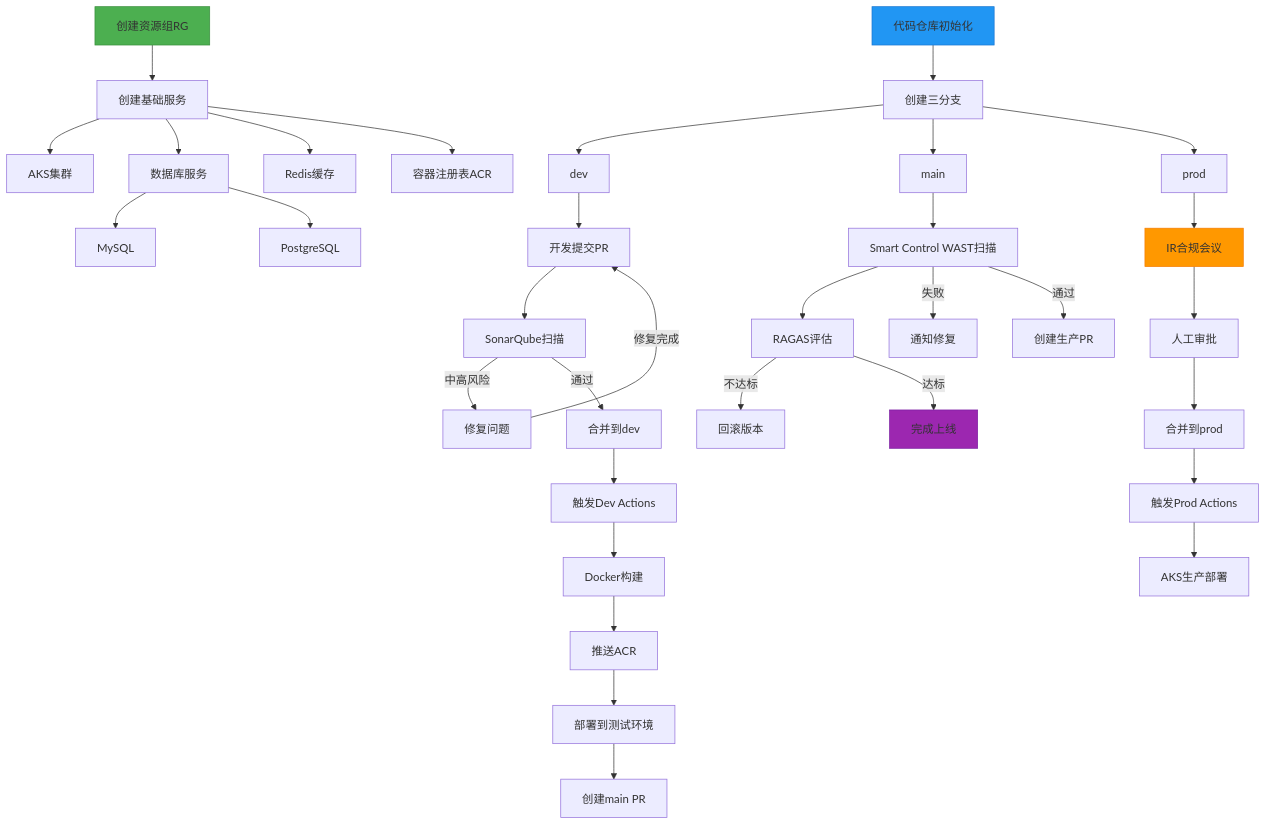
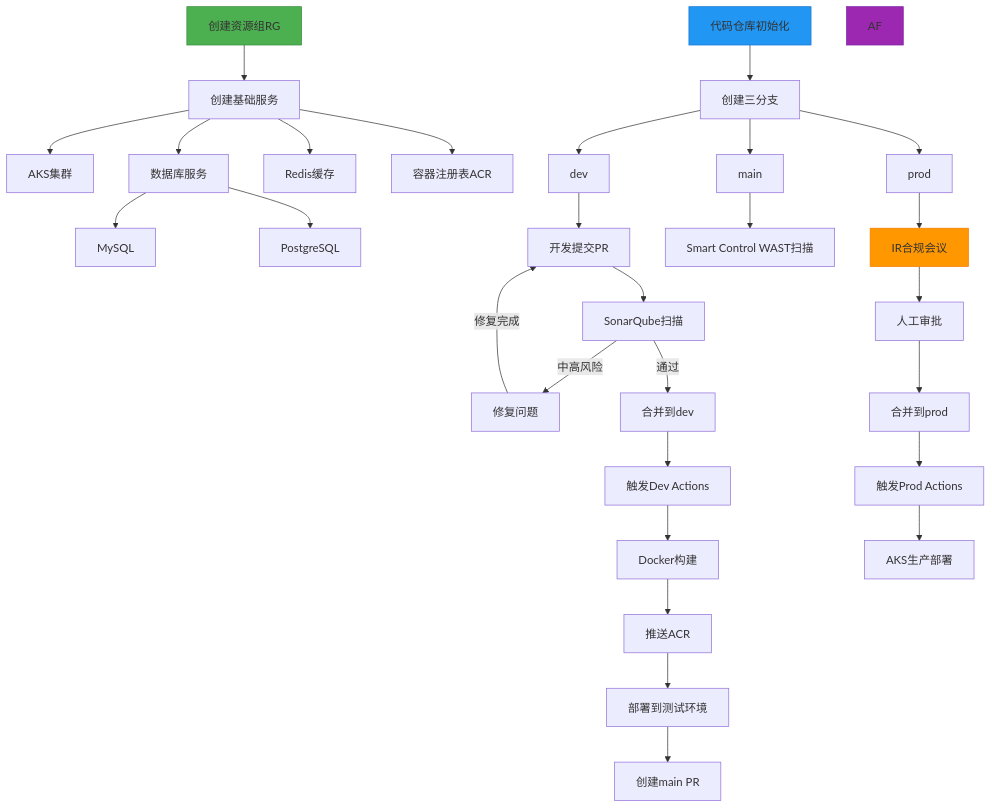
One commit to funnyData/iodraw-files changed the diagram in all/未命名-1.md. Above: the diagram before and after it, drawn with Mermaid.

Commit message:
2025-02-27 09:19:54 update

````diff
--- a/all/未命名-1.md
+++ b/all/未命名-1.md
@@ -1,60 +1,57 @@
 ```mermaid
 graph TD
     A[创建资源组RG] --> B[创建基础服务]
     B --> C[AKS集群]
     B --> D[数据库服务]
     D --> DA[MySQL]
     D --> DB[PostgreSQL]
     B --> E[Redis缓存]
     B --> F[容器注册表ACR]
     
     G[代码仓库初始化] --> H[创建三分支]
     H --> I[dev]
     H --> J[main]
     H --> K[prod]
     K --> W[IR合规会议]
     J --> T[Smart Control WAST扫描]
-    T--> AD[RAGAS评估]
-    AD -->|不达标| AE[回滚版本]
-    AD -->|达标| AF[完成上线]
-    T -->|失败| U[通知修复]
+    
     I --> L[开发提交PR]
     L --> M[SonarQube扫描]
     M -->|中高风险| N[修复问题]
     N -->|修复完成|L
     M -->|通过| O[合并到dev]
     
     O --> P[触发Dev Actions]
     P --> Q[Docker构建]
     Q --> R[推送ACR]
     R --> S[部署到测试环境]
     S --> SA[创建main PR]
     %% S -->V[创建生产PR]
 
     
     %% S --> T[Smart Control WAST扫描]
     %% T -->|失败| U[通知修复]
 
     
-    T -->|通过| V[创建生产PR]
+    %% T -->|通过| V[创建生产PR]
 
     
     %% V --> W[IR合规会议]
     W --> X[人工审批]
     X --> Y[合并到prod]
     
     Y --> Z[触发Prod Actions]
     Z --> AC[AKS生产部署]
     %% Z --> AA[安全扫描]
     %% AA -->|高风险| AB[终止部署]
     %% AA -->|通过| AC[AKS生产部署]
     
     %% AC --> AD[RAGAS评估]
     %% AD -->|不达标| AE[回滚版本]
     %% AD -->|达标| AF[完成上线]
     
     style A fill:#4CAF50,stroke:#388E3C
     style G fill:#2196F3,stroke:#1976D2
     style W fill:#FF9800,stroke:#F57C00
     style AF fill:#9C27B0,stroke:#7B1FA2
 ```
````
